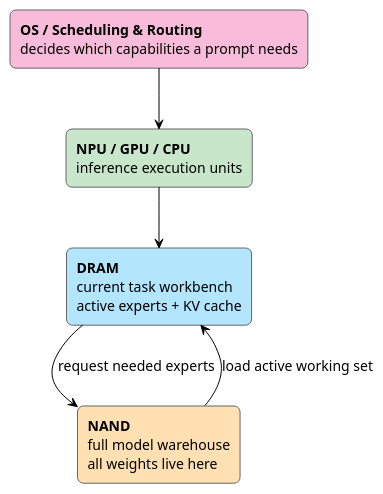
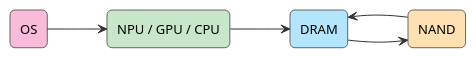
Before and after one commit to johnsonlee/blog: the diagram in source/_posts/ai-pc-local-inference.en.md, drawn with PlantUML. The commit also changed 1 other file, not shown here.

Commit message:
fix ai pc diagram layout

````diff
--- a/source/_posts/ai-pc-local-inference.en.md
+++ b/source/_posts/ai-pc-local-inference.en.md
@@ -117,22 +117,25 @@
 ```plantuml
 @startuml
 !theme plain
+left to right direction
 skinparam backgroundColor white
 skinparam defaultFontName Arial
-skinparam defaultFontSize 14
+skinparam defaultFontSize 13
+skinparam ArrowColor #333333
 skinparam rectangle {
-    RoundCorner 12
+    RoundCorner 10
     BorderColor #666666
+    Padding 18
 }
 
-rectangle "**OS / Scheduling & Routing**\ndecides which capabilities a prompt needs" as os #F8BBD9
-rectangle "**NPU / GPU / CPU**\ninference execution units" as exec #C8E6C9
-rectangle "**DRAM**\ncurrent task workbench\nactive experts + KV cache" as dram #B3E5FC
-rectangle "**NAND**\nfull model warehouse\nall weights live here" as nand #FFE0B2
+rectangle "OS" as os #F8BBD9
+rectangle "NPU / GPU / CPU" as exec #C8E6C9
+rectangle "DRAM" as dram #B3E5FC
+rectangle "NAND" as nand #FFE0B2
 
 os --> exec
 exec --> dram
-dram --> nand : request needed experts
-nand --> dram : load active working set
+dram --> nand
+nand --> dram
 @enduml
 ```
````
